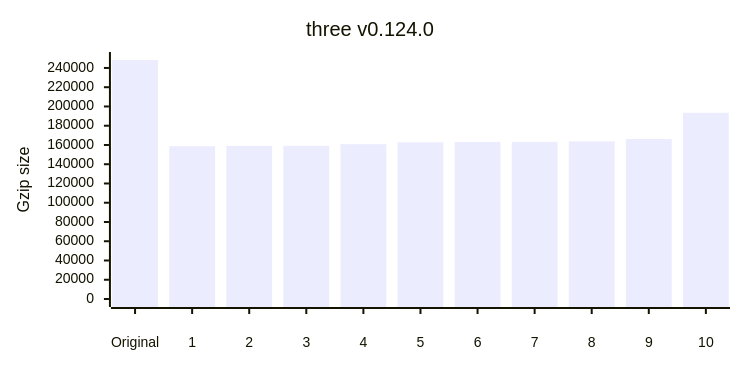
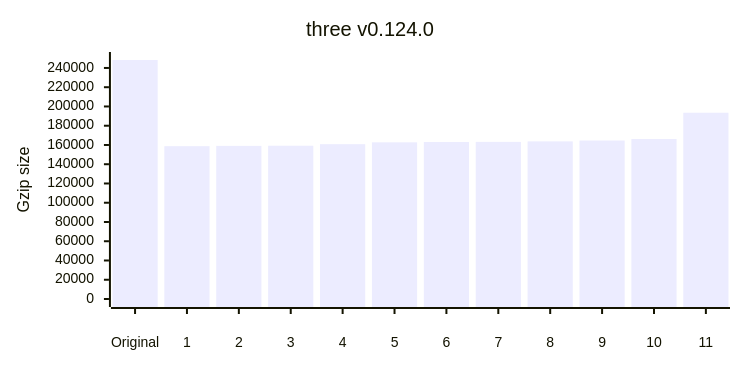
One commit to privatenumber/minification-benchmarks changed the eighth of 12 diagrams in README.md. Above: the diagram before and after it, drawn with Mermaid. The commit also changed other lines of this file and 1 other file, not shown here.

````diff
--- a/README.md
+++ b/README.md
@@ -357,17 +357,17 @@
 ```mermaid
 ---
 config:
     xyChart:
         width: 720
         height: 360
         xAxis:
             labelPadding: 20
         yAxis:
             labelPadding: 10
 ---
 xychart-beta
 	title "three v0.124.0"
-	x-axis ["Original",1,2,3,4,5,6,7,8,9,10]
+	x-axis ["Original",1,2,3,4,5,6,7,8,9,10,11]
 	y-axis "Gzip size" 0 --> 248267
-	bar [248267,158764,159071,159200,160827,162771,163036,163198,163725,166210,193471]
+	bar [248267,158764,159071,159200,160827,162771,163036,163198,163725,164610,166210,193471]
 ```
````
